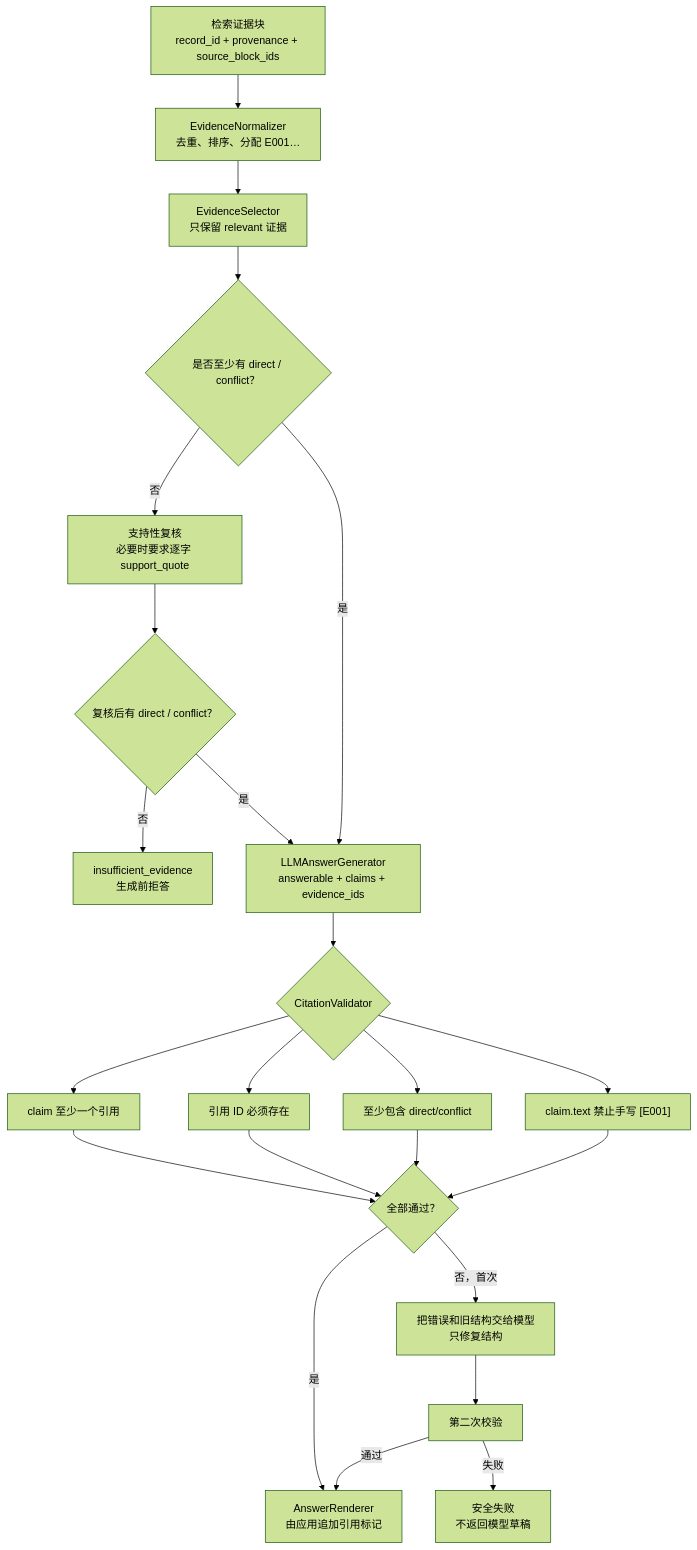
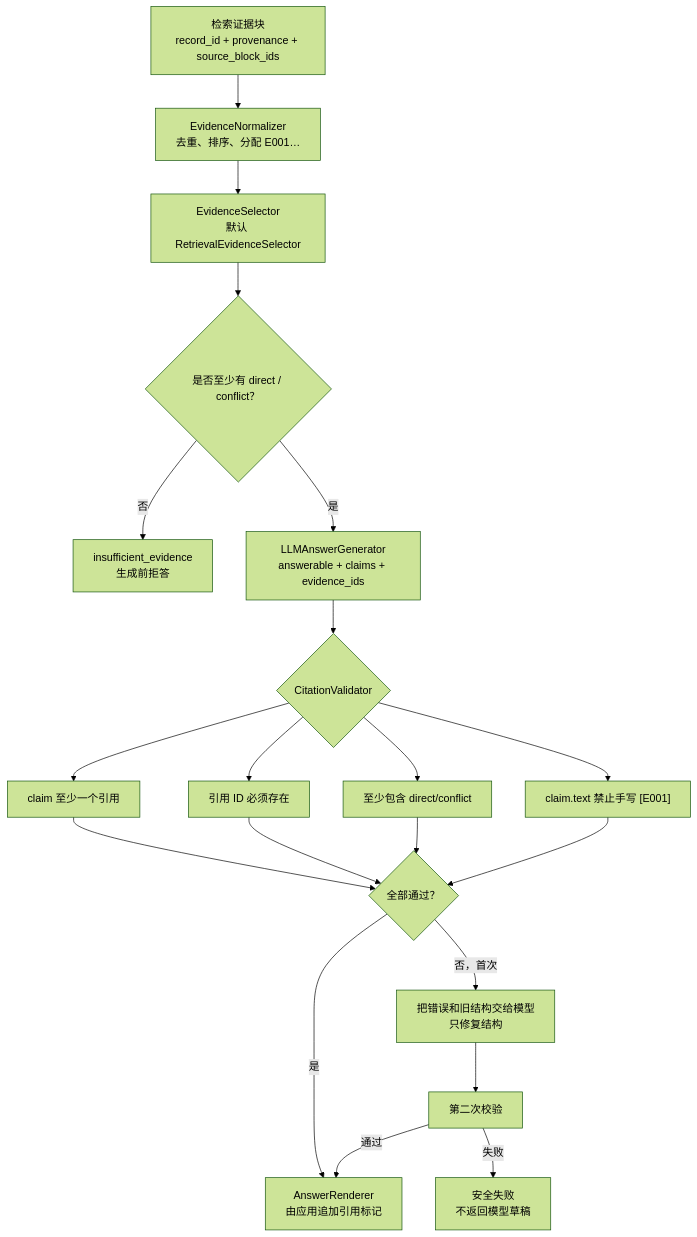
The second of 2 diagrams in 引用层测试结果/引用层方法与测试总览_20260831.md (xyf966/RAG-PIXEL), drawn with Mermaid (forest theme) before and after one commit. The commit also changed other lines of this file and 12 other files, not shown here.

````diff
--- a/引用层测试结果/引用层方法与测试总览_20260831.md
+++ b/引用层测试结果/引用层方法与测试总览_20260831.md
@@ -50,25 +50,22 @@
 ```mermaid
 flowchart TD
     EVIDENCE["检索证据块<br/>record_id + provenance + source_block_ids"] --> IDS["EvidenceNormalizer<br/>去重、排序、分配 E001…"]
-    IDS --> FILTER["EvidenceSelector<br/>只保留 relevant 证据"]
+    IDS --> FILTER["EvidenceSelector<br/>默认 RetrievalEvidenceSelector"]
     FILTER --> DIRECT{"是否至少有 direct / conflict？"}
-    DIRECT -->|否| RECHECK["支持性复核<br/>必要时要求逐字 support_quote"]
-    RECHECK --> DIRECT2{"复核后有 direct / conflict？"}
-    DIRECT2 -->|否| INSUFFICIENT["insufficient_evidence<br/>生成前拒答"]
-    DIRECT2 -->|是| DRAFT
+    DIRECT -->|否| INSUFFICIENT["insufficient_evidence<br/>生成前拒答"]
     DIRECT -->|是| DRAFT["LLMAnswerGenerator<br/>answerable + claims + evidence_ids"]
     DRAFT --> VALIDATE{"CitationValidator"}
     VALIDATE --> CHECK1["claim 至少一个引用"]
     VALIDATE --> CHECK2["引用 ID 必须存在"]
     VALIDATE --> CHECK3["至少包含 direct/conflict"]
     VALIDATE --> CHECK4["claim.text 禁止手写 [E001]"]
     CHECK1 --> RESULT{"全部通过？"}
     CHECK2 --> RESULT
     CHECK3 --> RESULT
     CHECK4 --> RESULT
     RESULT -->|是| APP["AnswerRenderer<br/>由应用追加引用标记"]
     RESULT -->|否，首次| REPAIR["把错误和旧结构交给模型<br/>只修复结构"]
     REPAIR --> VALIDATE2["第二次校验"]
     VALIDATE2 -->|通过| APP
     VALIDATE2 -->|失败| CLOSED["安全失败<br/>不返回模型草稿"]
 ```
````
